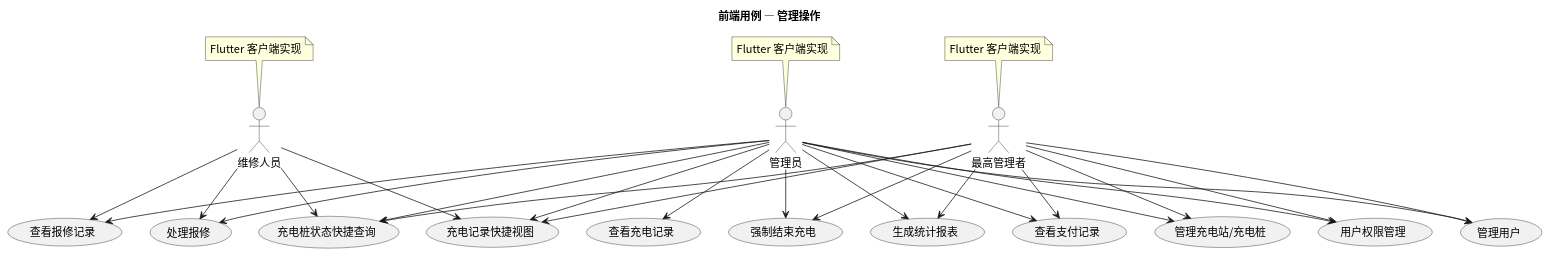
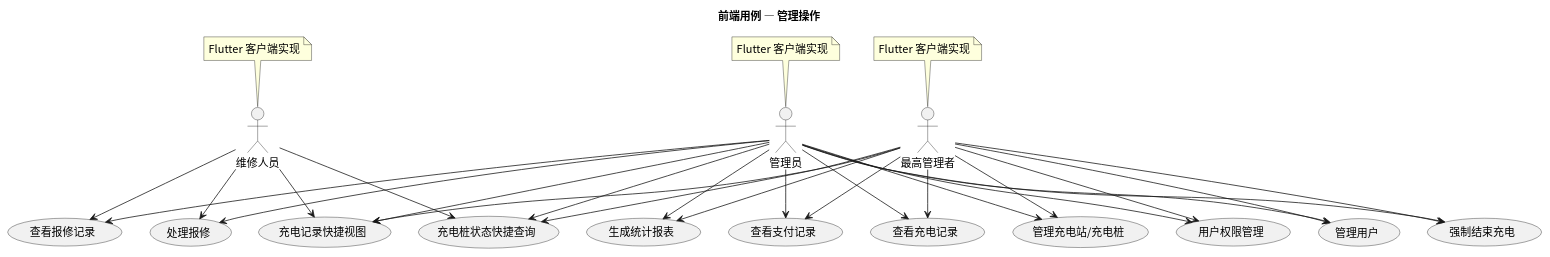
Before and after one commit to greenhandzdl/charging-station-doc: the diagram in usecase/docs/frontend/src/frontend_admin_usecases.puml, drawn with PlantUML. The commit also changed 17 other files, not shown here.

First line of the commit message:
fix: 第二轮全量评估修复 — stopCharge归属校验、forceStop欠费审计、用例图补充、类图完整性

```diff
--- a/usecase/docs/frontend/src/frontend_admin_usecases.puml
+++ b/usecase/docs/frontend/src/frontend_admin_usecases.puml
@@ -1,50 +1,51 @@
 @startuml
 skinparam defaultFontName "Noto Sans CJK SC"
 skinparam defaultFontSize 14
 title 前端用例 — 管理操作
 skinparam useCaseShape rectangle
 
 actor "管理员" as A
 actor "维修人员" as M
 actor "最高管理者" as SA
 
 note top of A : Flutter 客户端实现
 note top of M : Flutter 客户端实现
 note top of SA : Flutter 客户端实现
 
 usecase "处理报修" as HR
 usecase "管理充电站/充电桩" as MM
 usecase "用户权限管理" as PM
 usecase "管理用户" as MU
 usecase "强制结束充电" as FSC
 usecase "生成统计报表" as GS
 usecase "充电桩状态快捷查询" as QC
 usecase "查看报修记录" as VR
 usecase "查看支付记录" as VPR
 usecase "查看充电记录" as VCR
 usecase "充电记录快捷视图" as QV
 
 A --> HR
 A --> VR
 A --> MM
 A --> PM
 A --> MU
 A --> FSC
 A --> GS
 A --> QC
 A --> QV
 A --> VCR
 A --> VPR
 M --> HR
 M --> VR
 M --> QV
 M --> QC
 SA --> MM
 SA --> PM
 SA --> MU
 SA --> FSC
 SA --> GS
+SA --> VCR
 SA --> QC
 SA --> QV
 	SA --> VPR
 @enduml
```
